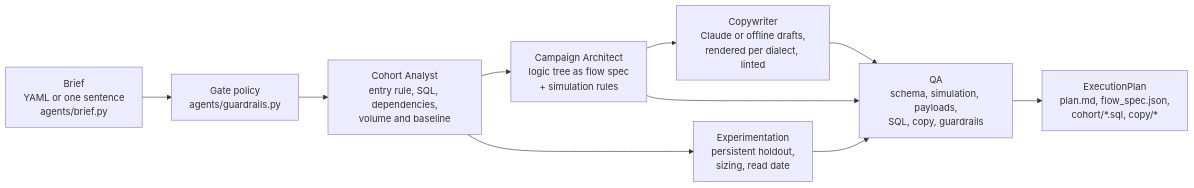
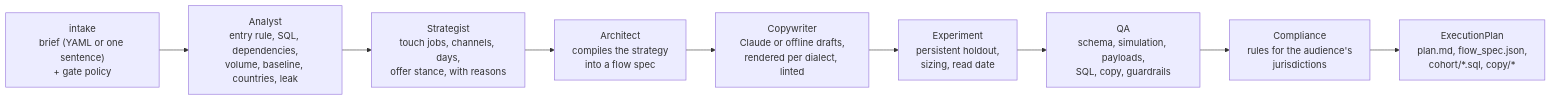
One commit to kyle-olmstead/lifecycle-marketing-claude-engine changed the first of 2 diagrams in docs/architectural_overview.md. Above: the diagram before and after it, drawn with Mermaid. The commit also changed other lines of this file and 66 other files, not shown here.

````diff
--- a/docs/architectural_overview.md
+++ b/docs/architectural_overview.md
@@ -15,12 +16,11 @@
 ```mermaid
 flowchart LR
-    B["Brief<br/>YAML or one sentence<br/>agents/brief.py"] --> G["Gate policy<br/>agents/guardrails.py"]
-    G --> A["Cohort Analyst<br/>entry rule, SQL, dependencies,<br/>volume and baseline"]
-    A --> C["Campaign Architect<br/>logic tree as flow spec<br/>+ simulation rules"]
+    B["intake<br/>brief (YAML or one sentence)<br/>+ gate policy"] --> A["Analyst<br/>entry rule, SQL, dependencies,<br/>volume, baseline, countries, leak"]
+    A --> S["Strategist<br/>touch jobs, channels, days,<br/>offer stance, with reasons"]
+    S --> C["Architect<br/>compiles the strategy<br/>into a flow spec"]
     C --> W["Copywriter<br/>Claude or offline drafts,<br/>rendered per dialect, linted"]
-    A --> E["Experimentation<br/>persistent holdout,<br/>sizing, read date"]
-    W --> Q["QA<br/>schema, simulation, payloads,<br/>SQL, copy, guardrails"]
-    E --> Q
-    C --> Q
-    Q --> P["ExecutionPlan<br/>plan.md, flow_spec.json,<br/>cohort/*.sql, copy/*"]
+    W --> E["Experiment<br/>persistent holdout,<br/>sizing, read date"]
+    E --> Q["QA<br/>schema, simulation, payloads,<br/>SQL, copy, guardrails"]
+    Q --> L["Compliance<br/>rules for the audience's<br/>jurisdictions"]
+    L --> P["ExecutionPlan<br/>plan.md, flow_spec.json,<br/>cohort/*.sql, copy/*"]
 ```
````
